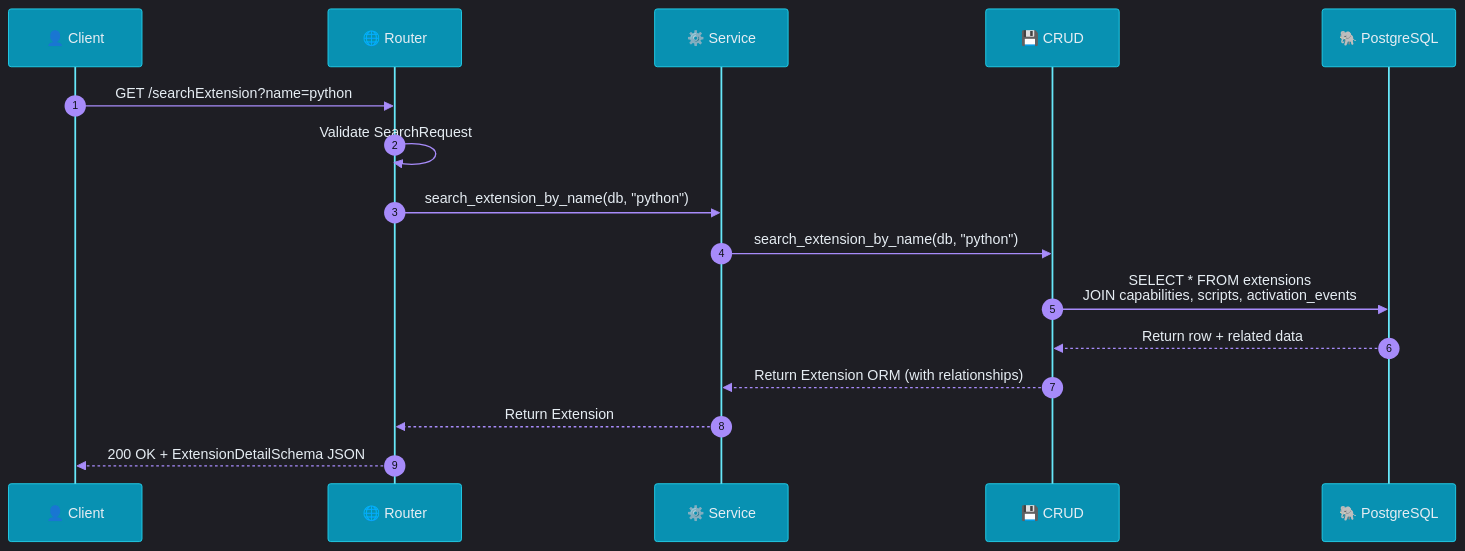
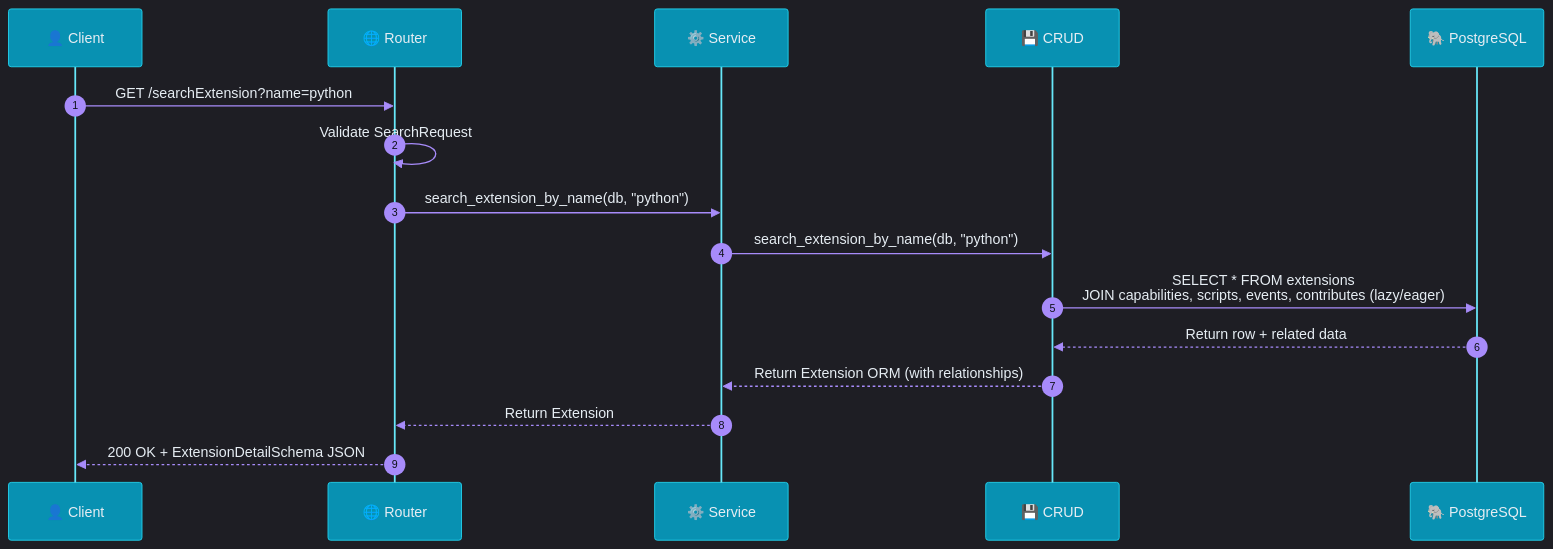
One commit to Ekremunalytu/automation_enviroment changed the sixth of 14 diagrams in documents/ARCHITECTURE.md. Above: the diagram before and after it, drawn with Mermaid. The commit also changed other lines of this file and 16 other files, not shown here.

````diff
--- a/documents/ARCHITECTURE.md
+++ b/documents/ARCHITECTURE.md
@@ -360,22 +366,22 @@
 ```mermaid
 %%{init: {'theme': 'dark', 'themeVariables': { 'background': '#0d1117', 'primaryColor': '#06b6d4', 'primaryTextColor': '#e6edf3', 'actorTextColor': '#e6edf3', 'actorBkg': '#0891b2', 'actorBorder': '#22d3ee', 'actorLineColor': '#67e8f9', 'signalColor': '#a78bfa', 'signalTextColor': '#e6edf3', 'sequenceNumberColor': '#0d1117', 'noteBkgColor': '#0d9488', 'noteTextColor': '#e6edf3', 'noteBorderColor': '#2dd4bf', 'activationBkgColor': '#0284c7', 'activationBorderColor': '#38bdf8', 'labelBoxBkgColor': '#161b22'}}}%%
 sequenceDiagram
     autonumber
     participant C as 👤 Client
     participant R as 🌐 Router
     participant S as ⚙️ Service
     participant CR as 💾 CRUD
     participant DB as 🐘 PostgreSQL
 
     C->>R: GET /searchExtension?name=python
     R->>R: Validate SearchRequest
     R->>S: search_extension_by_name(db, "python")
 
     S->>CR: search_extension_by_name(db, "python")
-    CR->>DB: SELECT * FROM extensions<br/>JOIN capabilities, scripts, activation_events
+    CR->>DB: SELECT * FROM extensions<br/>JOIN capabilities, scripts, events, contributes (lazy/eager)
     DB-->>CR: Return row + related data
     CR-->>S: Return Extension ORM (with relationships)
 
     S-->>R: Return Extension
     R-->>C: 200 OK + ExtensionDetailSchema JSON
 ```
````
